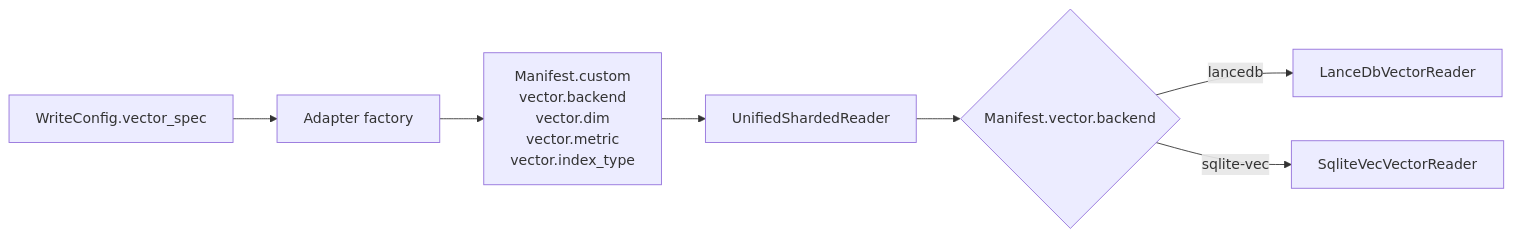
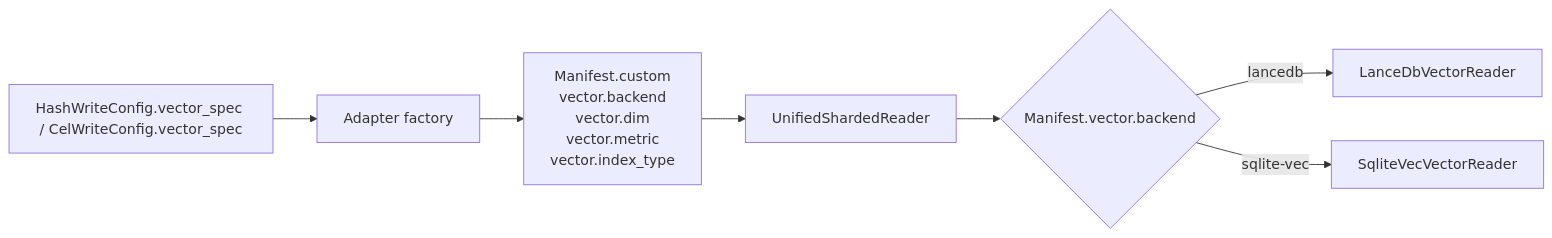
One commit to elkin/shardyfusion changed the third of 3 diagrams in docs/use-cases/kv-vector/overview.md. Above: the diagram before and after it, drawn with Mermaid. The commit also changed other lines of this file and 11 other files, not shown here.

First line of the commit message:
docs: update writer docs for split hash/cel API

````diff
--- a/docs/use-cases/kv-vector/overview.md
+++ b/docs/use-cases/kv-vector/overview.md
@@ -63,9 +63,9 @@
 ```mermaid
 flowchart LR
-    A[WriteConfig.vector_spec] --> B[Adapter factory]
+    A[HashWriteConfig.vector_spec / CelWriteConfig.vector_spec] --> B[Adapter factory]
     B --> C[Manifest.custom<br/>vector.backend<br/>vector.dim<br/>vector.metric<br/>vector.index_type]
     C --> D[UnifiedShardedReader]
     D --> E{Manifest.vector.backend}
     E -->|lancedb| F[LanceDbVectorReader]
     E -->|sqlite-vec| G[SqliteVecVectorReader]
 ```
````
